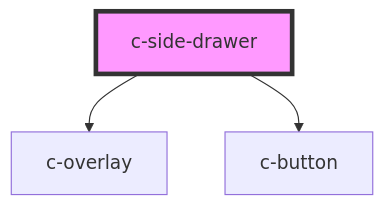
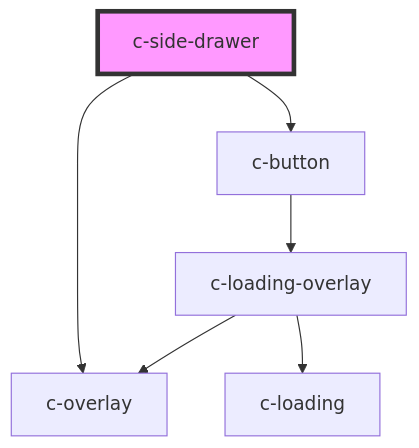
Before and after one commit to kickstand-ui/kickstand-ui: the diagram in src/scripts/components/side-drawer/readme.md, drawn with Mermaid. The commit also changed 7 other files, not shown here.

Commit message:
created c-loading-overlay component

````diff
--- a/src/scripts/components/side-drawer/readme.md
+++ b/src/scripts/components/side-drawer/readme.md
@@ -49,6 +49,9 @@
 ```mermaid
 graph TD;
   c-side-drawer --> c-overlay
   c-side-drawer --> c-button
+  c-button --> c-loading-overlay
+  c-loading-overlay --> c-overlay
+  c-loading-overlay --> c-loading
   style c-side-drawer fill:#f9f,stroke:#333,stroke-width:4px
 ```
````
